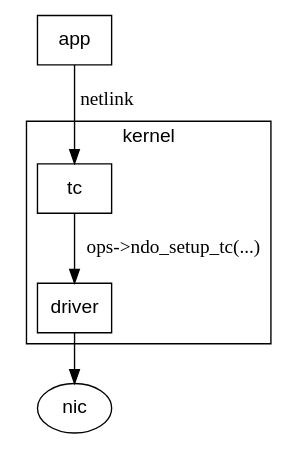
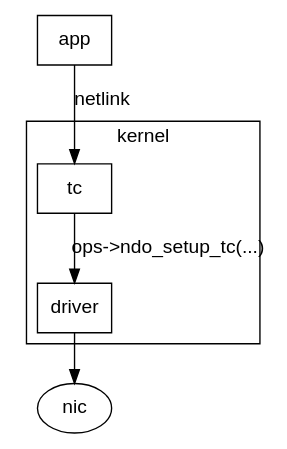
The first of 2 diagrams in netlink/README.org (donaldh/opi-proto), drawn with Graphviz before and after one commit. The commit also changed other lines of this file and 1 other file, not shown here.

Commit message:
Fix fonts in classic offload diagram

```diff
--- a/netlink/README.org
+++ b/netlink/README.org
@@ -12,18 +12,18 @@
 #+begin_src dot :file "classic_offload.png" :exports results
  digraph classic_offload {
         fontname="Arial"
         node [fontname="Arial"]
-        edge [fontname="SF Mono"]
+        edge [fontname="Arial"]
 
         app [shape=box]
         subgraph cluster_kernel {
                 label = "kernel";
                 tc [shape=box]
                 driver [shape=box]
         }
 
         app -> tc [label="netlink"]
         tc -> driver [label="ops->ndo_setup_tc(...)"]
         driver -> nic
  }
 #+end_src
```
